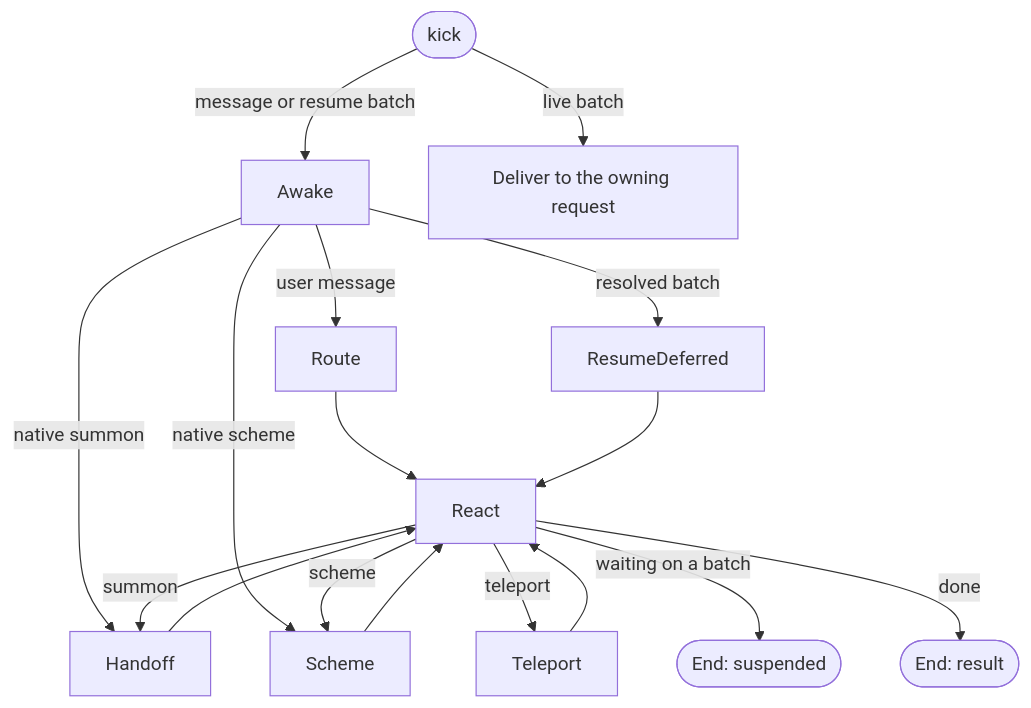
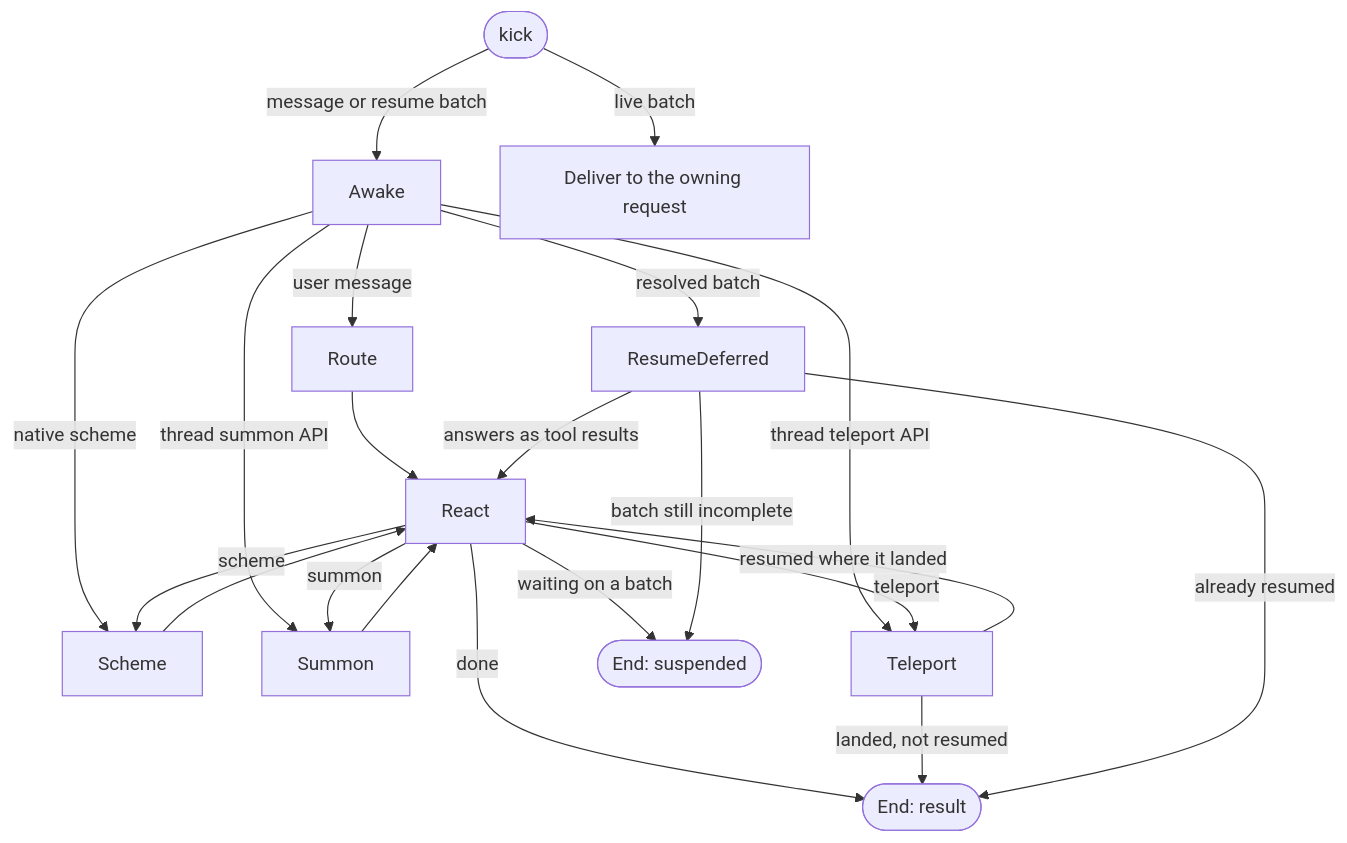
Before and after one commit to kalynnka/octomate: the diagram in docs/concepts/reflex.md, drawn with Mermaid. The commit also changed other lines of this file and 247 other files, not shown here.

````diff
--- a/docs/concepts/reflex.md
+++ b/docs/concepts/reflex.md
@@ -15,19 +15,23 @@
 ```mermaid
 flowchart TD
   START([kick]) -->|message or resume batch| Awake
   START -->|live batch| Live[Deliver to the owning request]
+  Awake -->|user message| Route
   Awake -->|resolved batch| ResumeDeferred
-  Awake -->|native summon| Handoff
   Awake -->|native scheme| Scheme
-  Awake -->|user message| Route
+  Awake -->|thread summon API| Summon
+  Awake -->|thread teleport API| Teleport
   Route --> React
-  React -->|summon| Handoff
+  React -->|summon| Summon
   React -->|scheme| Scheme
   React -->|teleport| Teleport
   React -->|waiting on a batch| Deferred([End: suspended])
   React -->|done| Done([End: result])
-  Handoff --> React
+  Summon --> React
   Scheme --> React
-  Teleport --> React
-  ResumeDeferred --> React
+  Teleport -->|resumed where it landed| React
+  Teleport -->|landed, not resumed| Done
+  ResumeDeferred -->|batch still incomplete| Deferred
+  ResumeDeferred -->|already resumed| Done
+  ResumeDeferred -->|answers as tool results| React
 ```
````
